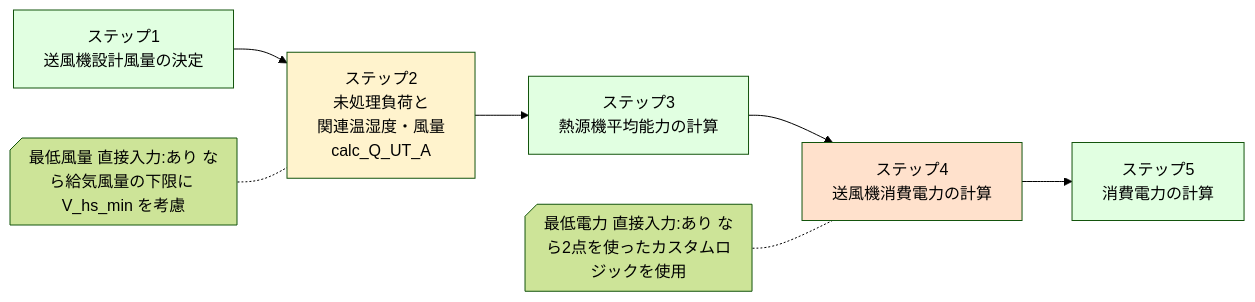
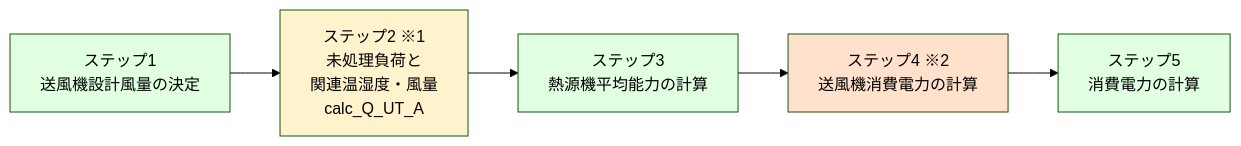
One commit to iguchi-lab/Verification-Platform-Next changed the second of 8 diagrams in docs/最低風量_最低電力_直接入力.md. Above: the diagram before and after it, drawn with Mermaid (forest theme). The commit also changed other lines of this file and 1 other file, not shown here.

````diff
--- a/docs/最低風量_最低電力_直接入力.md
+++ b/docs/最低風量_最低電力_直接入力.md
@@ -101,23 +98,17 @@
 ```mermaid
 flowchart LR
 
 Step1[ステップ1<br/>送風機設計風量の決定]
-Step2[ステップ2<br/>未処理負荷と<br/>関連温湿度・風量<br/>calc_Q_UT_A]
+Step2[ステップ2 ※1<br/>未処理負荷と<br/>関連温湿度・風量<br/>calc_Q_UT_A]
 Step3[ステップ3<br/>熱源機平均能力の計算]
-Step4[ステップ4<br/>送風機消費電力の計算]
+Step4[ステップ4 ※2<br/>送風機消費電力の計算]
 Step5[ステップ5<br/>消費電力の計算]
 
 Step1 --> Step2 --> Step3 --> Step4 --> Step5
-
-Note2@{ shape: notch-rect, label: "最低風量 直接入力:あり なら給気風量の下限に V_hs_min を考慮" }
-Note4@{ shape: notch-rect, label: "最低電力 直接入力:あり なら2点を使ったカスタムロジックを使用" }
-
-Note2 -.- Step2
-Note4 -.- Step4
 
 style Step2 fill:#fff3cd
 style Step4 fill:#ffe1cc
 style Step1 fill:#e1ffe1
 style Step3 fill:#e1ffe1
 style Step5 fill:#e1ffe1
 ```
````
